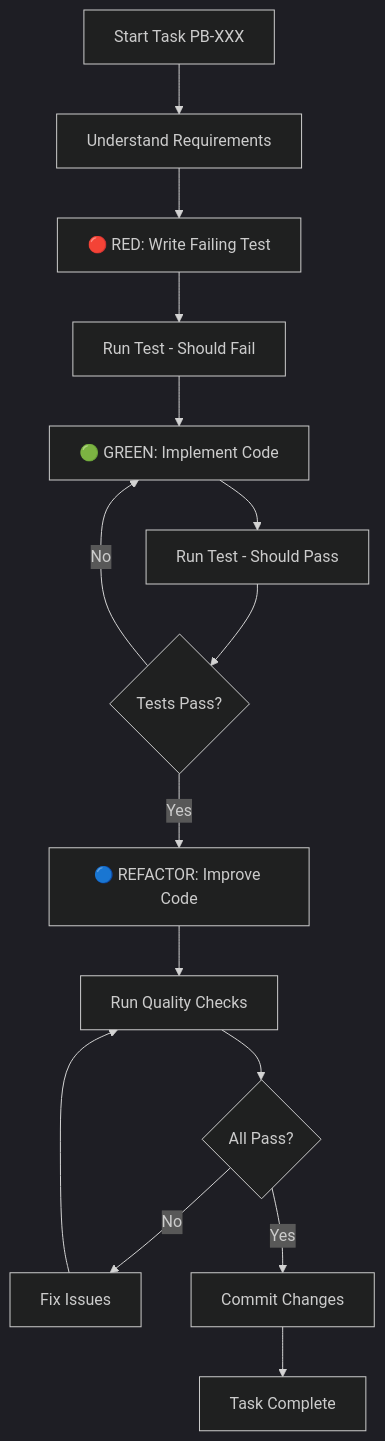
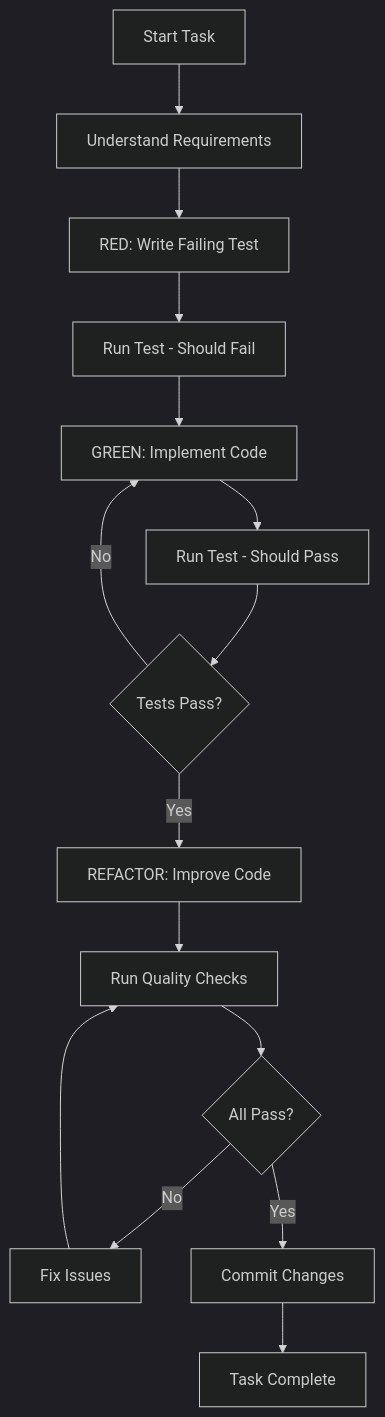
Before and after one commit to qazuor/hospeda: the second of 3 diagrams in docs/claude-code/workflows.md, drawn with Mermaid (dark theme). The commit also changed other lines of this file and 8 other files, not shown here.

````diff
--- a/docs/claude-code/workflows.md
+++ b/docs/claude-code/workflows.md
@@ -144,17 +144,17 @@
 ```mermaid
 graph TD
-    Start[Start Task PB-XXX] --> Understand[Understand Requirements]
-    Understand --> Red[🔴 RED: Write Failing Test]
+    Start[Start Task] --> Understand[Understand Requirements]
+    Understand --> Red[RED: Write Failing Test]
     Red --> RunRed[Run Test - Should Fail]
-    RunRed --> Green[🟢 GREEN: Implement Code]
+    RunRed --> Green[GREEN: Implement Code]
     Green --> RunGreen[Run Test - Should Pass]
     RunGreen --> Pass{Tests Pass?}
     Pass -->|No| Green
-    Pass -->|Yes| Refactor[🔵 REFACTOR: Improve Code]
+    Pass -->|Yes| Refactor[REFACTOR: Improve Code]
     Refactor --> Quality[Run Quality Checks]
     Quality --> AllPass{All Pass?}
     AllPass -->|No| Fix[Fix Issues]
     Fix --> Quality
     AllPass -->|Yes| Commit[Commit Changes]
     Commit --> Done[Task Complete]
 ```
````
